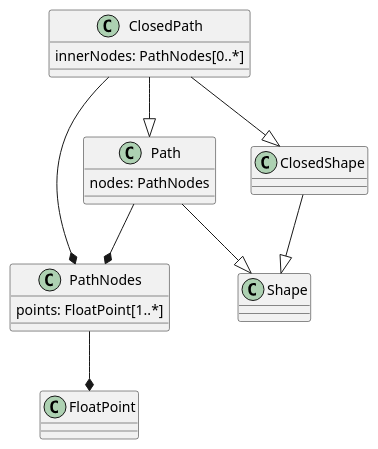
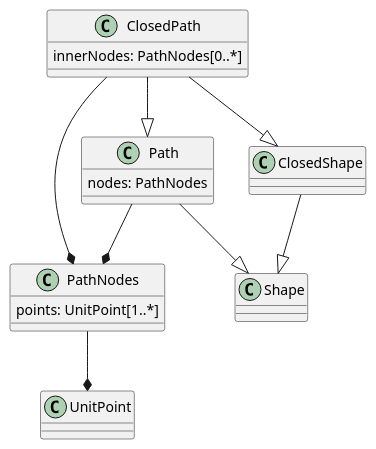
Before and after one commit to opengeospatial/styles-and-symbology: the third of 3 diagrams in core/sections/clause_11_shapes.adoc, drawn with PlantUML. The commit also changed other lines of this file and 5 other files, not shown here.

```diff
--- a/core/sections/clause_11_shapes.adoc
+++ b/core/sections/clause_11_shapes.adoc
@@ -137,15 +137,15 @@
 [plantuml, target=diagram-classes, format=png]
 ....
-PathNodes : points: FloatPoint[1..*]
-PathNodes --* FloatPoint
+PathNodes : points: UnitPoint[1..*]
+PathNodes --* UnitPoint
 
 Path --|> Shape
 Path : nodes: PathNodes
 Path --* PathNodes
 
 ClosedPath --|> Path
 ClosedPath --|> ClosedShape
 ClosedShape --|> Shape
 ClosedPath : innerNodes: PathNodes[0..*]
 ClosedPath --* PathNodes
 ....
```
